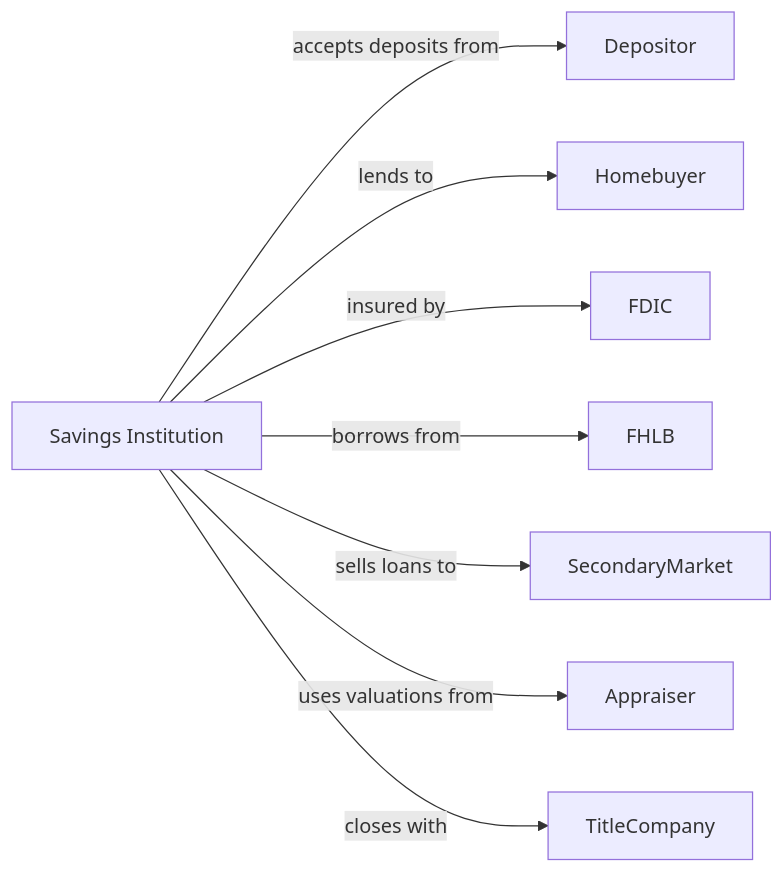
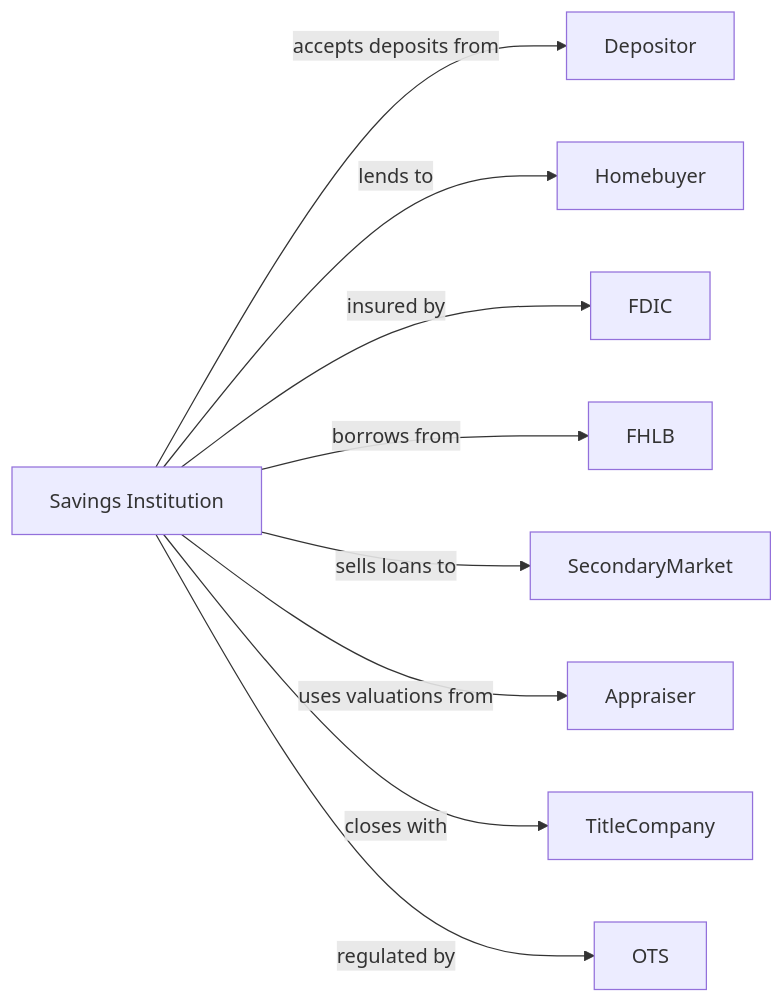
Before and after one commit to dot-org-ai/industries.org.ai: the second of 2 diagrams in Finance/CreditIntermediationAndRelatedActivities/DepositoryCreditIntermediation/SavingsInstitutionsAndOtherDepositoryCreditIntermediation.mdx, drawn with Mermaid. The commit also changed 588 other files, not shown here.

````diff
--- a/Finance/CreditIntermediationAndRelatedActivities/DepositoryCreditIntermediation/SavingsInstitutionsAndOtherDepositoryCreditIntermediation.mdx
+++ b/Finance/CreditIntermediationAndRelatedActivities/DepositoryCreditIntermediation/SavingsInstitutionsAndOtherDepositoryCreditIntermediation.mdx
@@ -129,12 +129,13 @@
 ```mermaid
 graph LR
     SI[Savings Institution]
 
     SI -->|accepts deposits from| Depositor
     SI -->|lends to| Homebuyer
     SI -->|insured by| FDIC
     SI -->|borrows from| FHLB
     SI -->|sells loans to| SecondaryMarket
     SI -->|uses valuations from| Appraiser
     SI -->|closes with| TitleCompany
+    SI -->|regulated by| OTS
 ```
````
